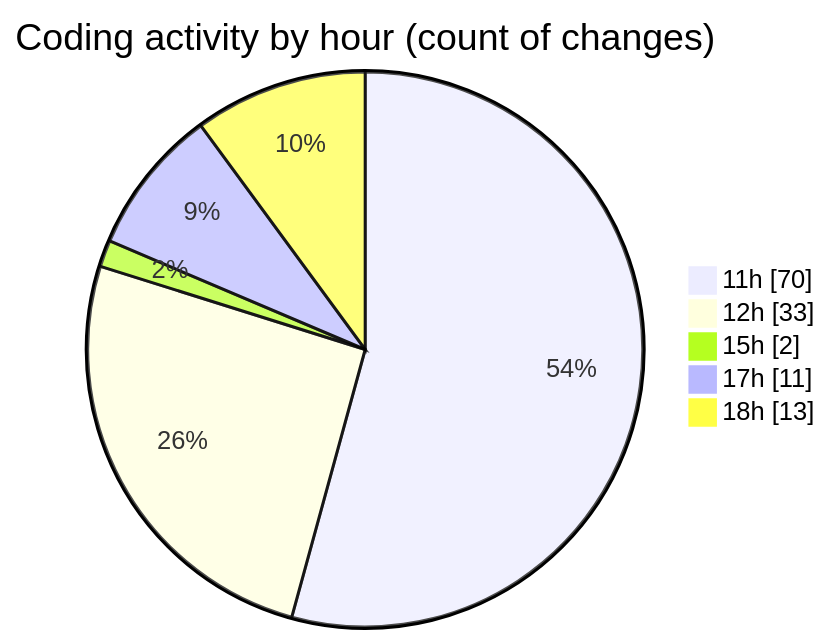
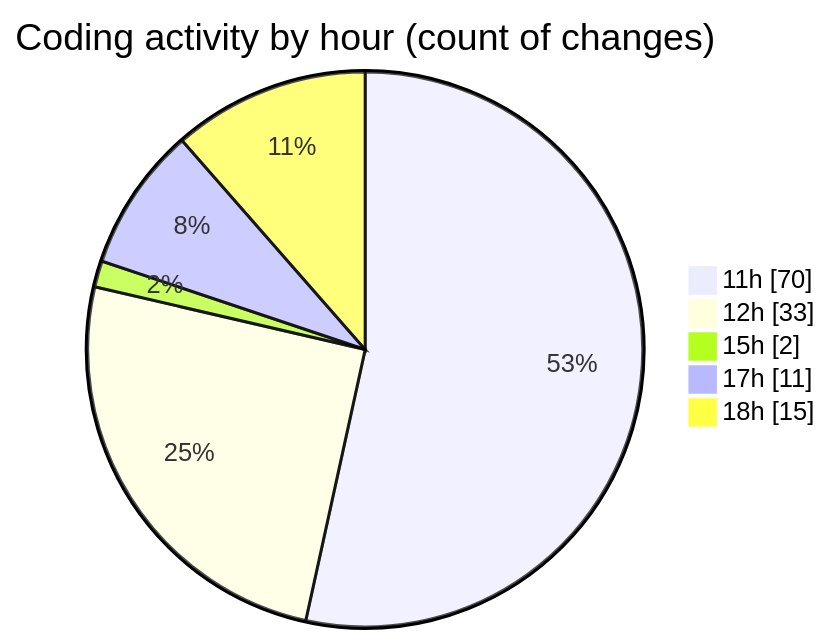
Before and after one commit to nxtqubesakshisongat/code-tracking: the second of 2 diagrams in 2025-12-24/nxtqube_webapp/README.md, drawn with Mermaid. The commit also changed other lines of this file and 1 other file, not shown here.

````diff
--- a/2025-12-24/nxtqube_webapp/README.md
+++ b/2025-12-24/nxtqube_webapp/README.md
@@ -33,9 +33,9 @@
 ```mermaid
 pie showData
 title Coding activity by hour (count of changes)
 "11h" : 70
 "12h" : 33
 "15h" : 2
 "17h" : 11
-"18h" : 13
+"18h" : 15
 ```
````
